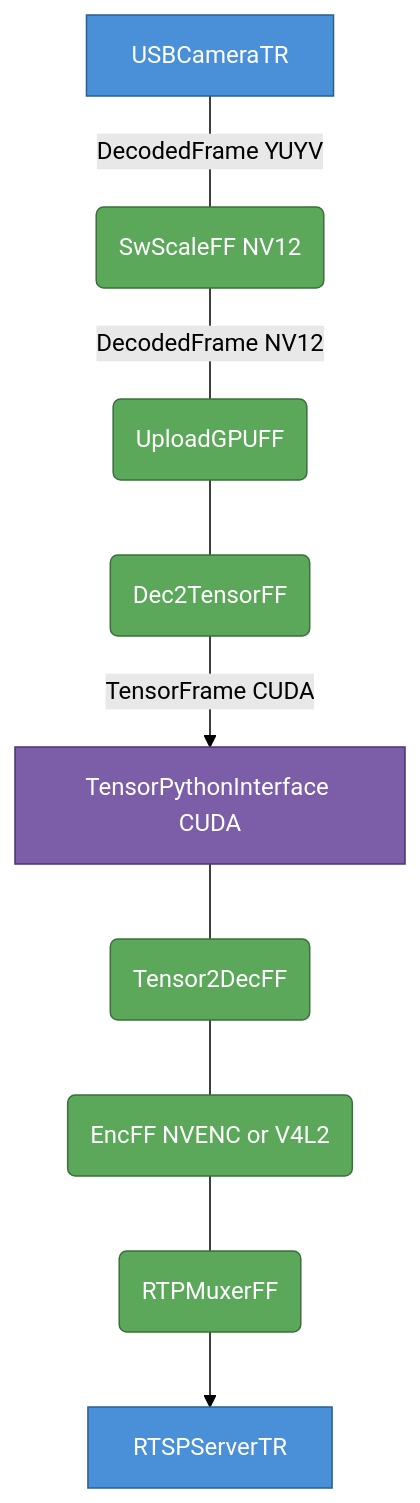
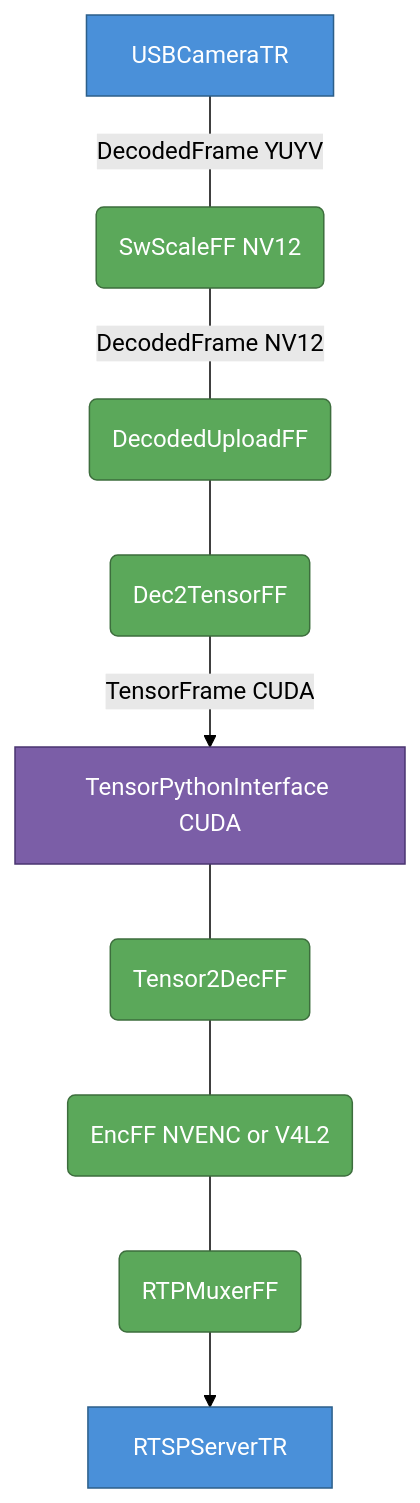
Before and after one commit to elsampsa/limef-apps: the fourth of 14 diagrams in python/README.md, drawn with Mermaid (forest theme). The commit also changed other lines of this file and 4 other files, not shown here.

````diff
--- a/python/README.md
+++ b/python/README.md
@@ -264,28 +264,28 @@
 ```mermaid
 flowchart TD
     camtr[USBCameraTR]
     swscale(SwScaleFF NV12)
-    uploadff(UploadGPUFF)
+    uploadff(DecodedUploadFF)
     d2t(Dec2TensorFF)
     pyif[TensorPythonInterface CUDA]
     t2d(Tensor2DecFF)
     encff(EncFF NVENC or V4L2)
     rtpmux(RTPMuxerFF)
     rtsptr[RTSPServerTR]
 
     camtr ---|DecodedFrame YUYV| swscale
     swscale ---|DecodedFrame NV12| uploadff
     uploadff --- d2t
     d2t -->|TensorFrame CUDA| pyif
     pyif --- t2d
     t2d --- encff
     encff --- rtpmux
     rtpmux --> rtsptr
 
     classDef thread fill:#4a90d9,stroke:#2c5f8a,color:#fff
     classDef pytr   fill:#7b5ea7,stroke:#4a3570,color:#fff
     classDef ff     fill:#5ba85a,stroke:#3d6e3d,color:#fff
     class camtr,rtsptr thread
     class pyif pytr
     class swscale,uploadff,d2t,t2d,encff,rtpmux ff
 ```
````
